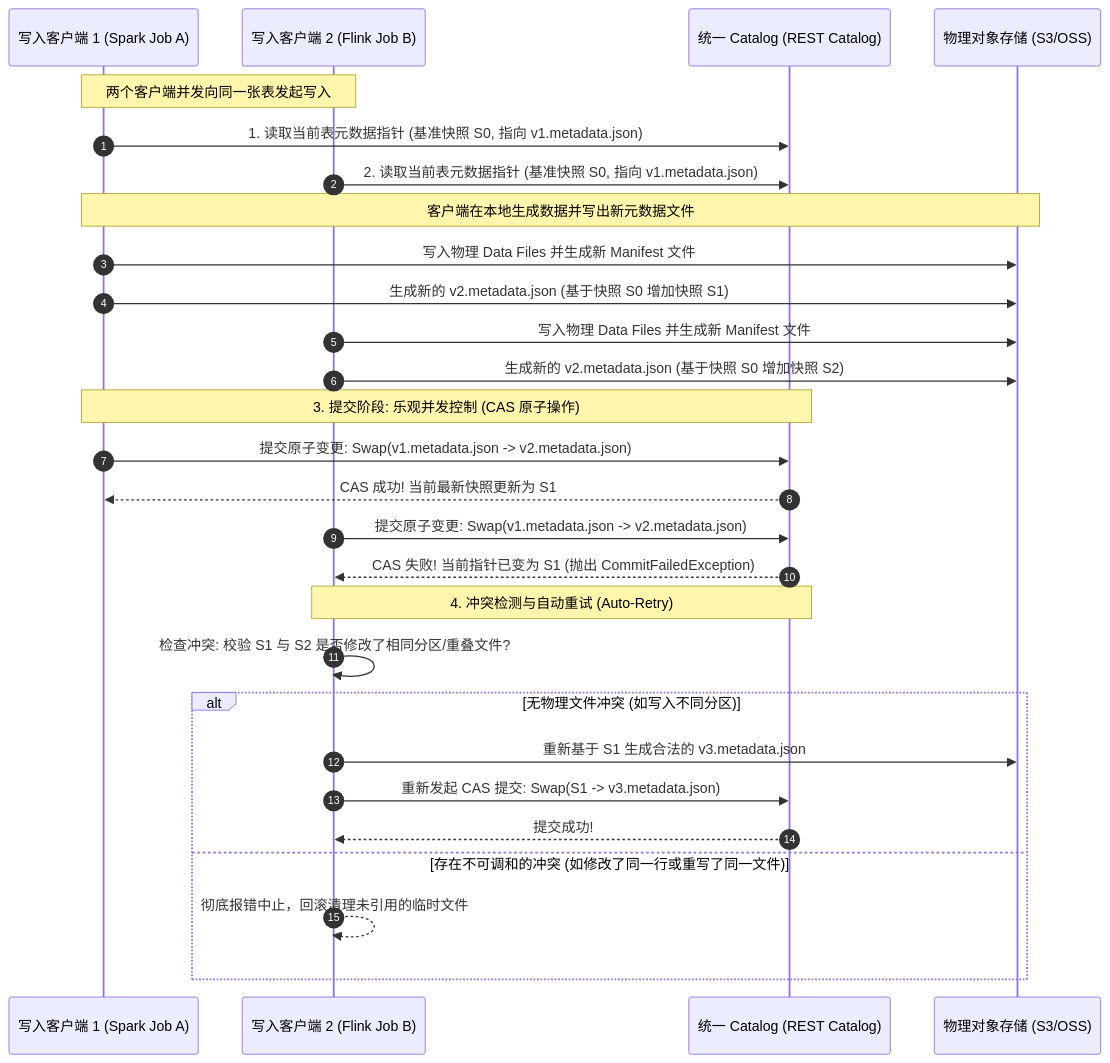
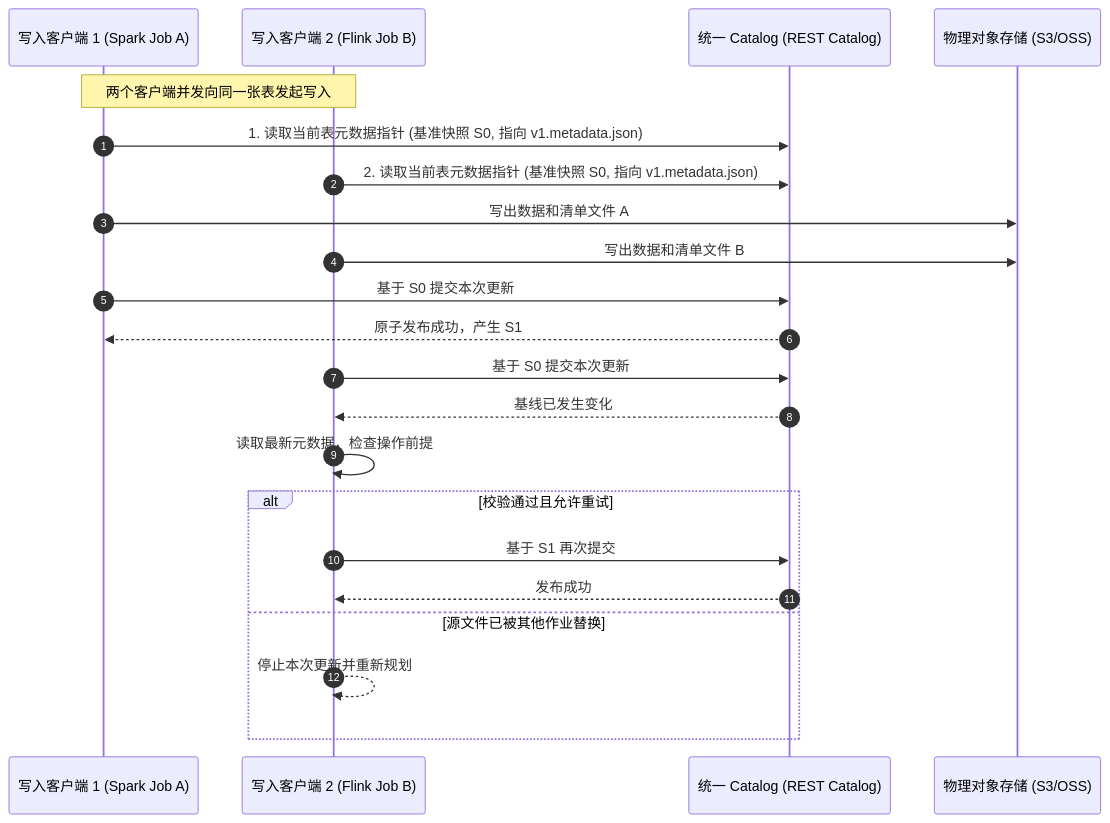
One commit to tieke1121/tech-interview-knowledge-base changed the second of 5 diagrams in 01-bigdata/08-doris-lakehouse/02-iceberg-lakehouse-architecture.md. Above: the diagram before and after it, drawn with Mermaid. The commit also changed other lines of this file and 22 other files, not shown here.

````diff
--- a/01-bigdata/08-doris-lakehouse/02-iceberg-lakehouse-architecture.md
+++ b/01-bigdata/08-doris-lakehouse/02-iceberg-lakehouse-architecture.md
@@ -130,35 +132,26 @@
 ```mermaid
 sequenceDiagram
     autonumber
     participant W1 as 写入客户端 1 (Spark Job A)
     participant W2 as 写入客户端 2 (Flink Job B)
     participant Cat as 统一 Catalog (REST Catalog)
     participant Storage as 物理对象存储 (S3/OSS)
 
     Note over W1,W2: 两个客户端并发向同一张表发起写入
     W1->>Cat: 1. 读取当前表元数据指针 (基准快照 S0, 指向 v1.metadata.json)
     W2->>Cat: 2. 读取当前表元数据指针 (基准快照 S0, 指向 v1.metadata.json)
 
-    Note over W1,Storage: 客户端在本地生成数据并写出新元数据文件
-    W1->>Storage: 写入物理 Data Files 并生成新 Manifest 文件
-    W1->>Storage: 生成新的 v2.metadata.json (基于快照 S0 增加快照 S1)
-    W2->>Storage: 写入物理 Data Files 并生成新 Manifest 文件
-    W2->>Storage: 生成新的 v2.metadata.json (基于快照 S0 增加快照 S2)
-
-    Note over W1,Cat: 3. 提交阶段: 乐观并发控制 (CAS 原子操作)
-    W1->>Cat: 提交原子变更: Swap(v1.metadata.json -> v2.metadata.json)
-    Cat-->>W1: CAS 成功! 当前最新快照更新为 S1
-
-    W2->>Cat: 提交原子变更: Swap(v1.metadata.json -> v2.metadata.json)
-    Cat-->>W2: CAS 失败! 当前指针已变为 S1 (抛出 CommitFailedException)
-
-    Note over W2,Cat: 4. 冲突检测与自动重试 (Auto-Retry)
-    W2->>W2: 检查冲突: 校验 S1 与 S2 是否修改了相同分区/重叠文件?
-    alt 无物理文件冲突 (如写入不同分区)
-        W2->>Storage: 重新基于 S1 生成合法的 v3.metadata.json
-        W2->>Cat: 重新发起 CAS 提交: Swap(S1 -> v3.metadata.json)
-        Cat-->>W2: 提交成功!
-    else 存在不可调和的冲突 (如修改了同一行或重写了同一文件)
-        W2-->>W2: 彻底报错中止，回滚清理未引用的临时文件
+    W1->>Storage: 写出数据和清单文件 A
+    W2->>Storage: 写出数据和清单文件 B
+    W1->>Cat: 基于 S0 提交本次更新
+    Cat-->>W1: 原子发布成功，产生 S1
+    W2->>Cat: 基于 S0 提交本次更新
+    Cat-->>W2: 基线已发生变化
+    W2->>W2: 读取最新元数据，检查操作前提
+    alt 校验通过且允许重试
+        W2->>Cat: 基于 S1 再次提交
+        Cat-->>W2: 发布成功
+    else 源文件已被其他作业替换
+        W2-->>W2: 停止本次更新并重新规划
     end
 ```
````
